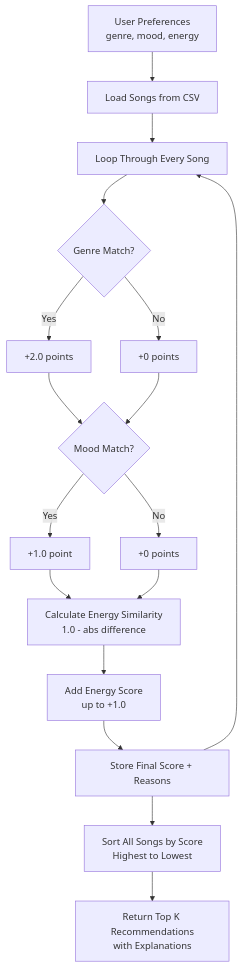
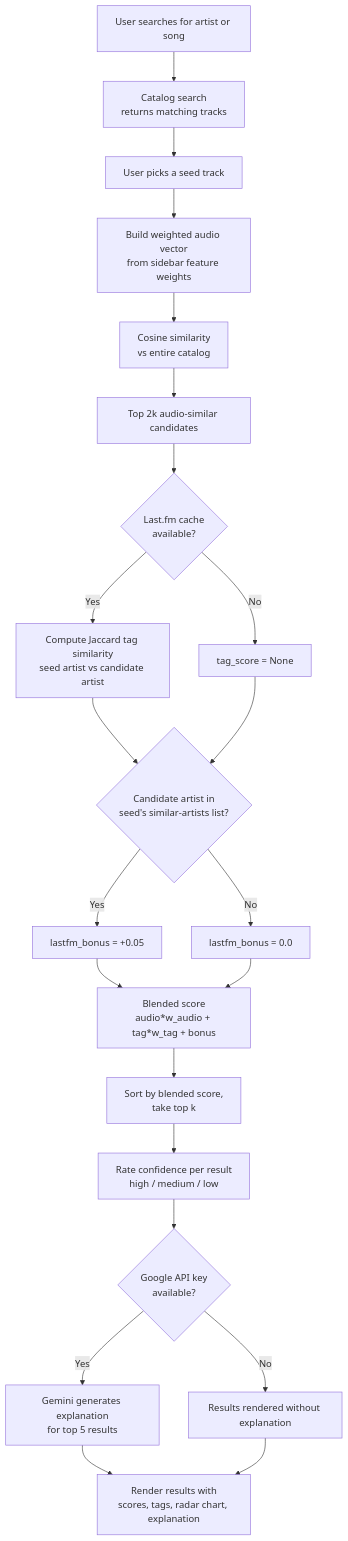
One commit to jmaddaus/ai110-final changed the diagram in flowchart.mmd. Above: the diagram before and after it, drawn with Mermaid. The commit also changed 3 other files, not shown here.

First line of the commit message:
rewrite docs to match Streamlit + Spotify + Last.fm implementation

```diff
--- a/flowchart.mmd
+++ b/flowchart.mmd
@@ -1,17 +1,22 @@
 flowchart TD
-    A[User Preferences\ngenre, mood, energy] --> B[Load Songs from CSV]
-    B --> C[Loop Through Every Song]
-    C --> D{Genre Match?}
-    D -- Yes --> E[+2.0 points]
-    D -- No --> F[+0 points]
-    E --> G{Mood Match?}
-    F --> G
-    G -- Yes --> H[+1.0 point]
-    G -- No --> I[+0 points]
-    H --> J[Calculate Energy Similarity\n1.0 - abs difference]
+    A[User searches for artist or song] --> B[Catalog search\nreturns matching tracks]
+    B --> C[User picks a seed track]
+    C --> D[Build weighted audio vector\nfrom sidebar feature weights]
+    D --> E[Cosine similarity\nvs entire catalog]
+    E --> F[Top 2k audio-similar candidates]
+    F --> G{Last.fm cache\navailable?}
+    G -- Yes --> H[Compute Jaccard tag similarity\nseed artist vs candidate artist]
+    G -- No --> I[tag_score = None]
+    H --> J{Candidate artist in\nseed's similar-artists list?}
     I --> J
-    J --> K[Add Energy Score\nup to +1.0]
-    K --> L[Store Final Score + Reasons]
-    L --> C
-    L --> M[Sort All Songs by Score\nHighest to Lowest]
-    M --> N[Return Top K Recommendations\nwith Explanations]
+    J -- Yes --> K[lastfm_bonus = +0.05]
+    J -- No --> L[lastfm_bonus = 0.0]
+    K --> M[Blended score\naudio*w_audio + tag*w_tag + bonus]
+    L --> M
+    M --> N[Sort by blended score,\ntake top k]
+    N --> O[Rate confidence per result\nhigh / medium / low]
+    O --> P{Google API key\navailable?}
+    P -- Yes --> Q[Gemini generates explanation\nfor top 5 results]
+    P -- No --> R[Results rendered without explanation]
+    Q --> S[Render results with\nscores, tags, radar chart, explanation]
+    R --> S
```
